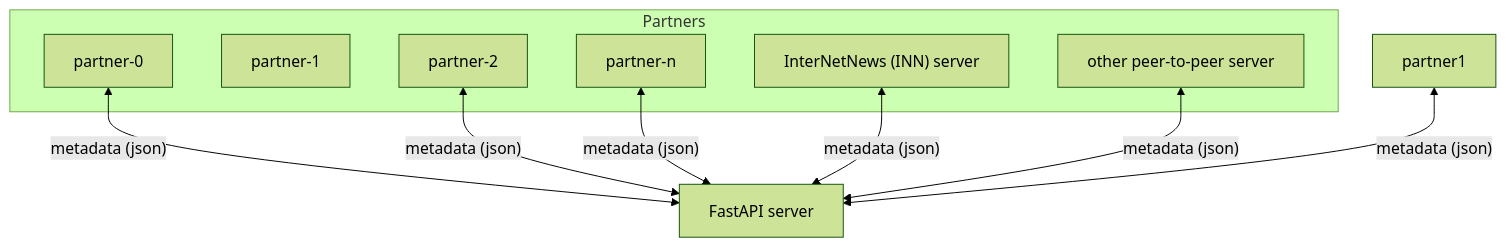
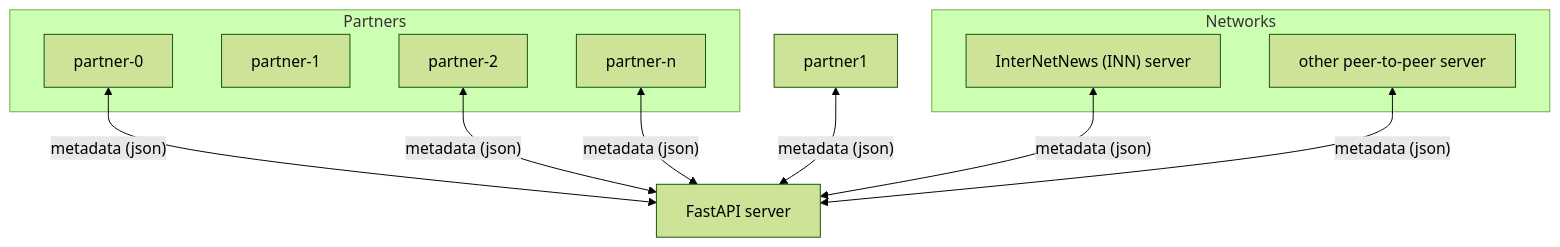
One commit to ISKME/Open-Metadata-Exchange changed the second of 2 diagrams in README.md. Above: the diagram before and after it, drawn with Mermaid (forest theme).

Commit message:
Add OME network diagram

````diff
--- a/README.md
+++ b/README.md
@@ -26,22 +26,22 @@
 ```mermaid
 graph TD
     subgraph Partners
         partner0[partner-0]
         partner3[partner-1]
         partner2[partner-2]
         partnerN[partner-n]
     end
 
     partner0 <-- "metadata (json)" --> FastAPI["FastAPI server"]
     partner1 <-- "metadata (json)" --> FastAPI
     partner2 <-- "metadata (json)" --> FastAPI
     partnerN <-- "metadata (json)" --> FastAPI
 
-    subgraph Partners
-	    INN["InterNetNews (INN) server"]
-		P2P["other peer-to-peer server"]
+    subgraph Networks
+        INN["InterNetNews (INN) server"]
+        P2P["other peer-to-peer server"]
 	end
 
     INN <-- "metadata (json)" --> FastAPI
     P2P <-- "metadata (json)" --> FastAPI
 ```
````
